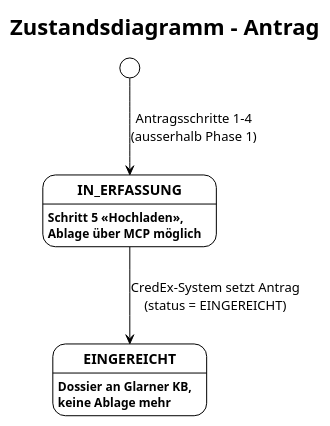
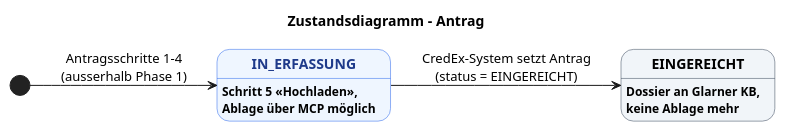
One commit to chocobear26/credex-cas changed the diagram in content/state_chart/antragStateChart.puml. Above: the diagram before and after it, drawn with PlantUML. The commit also changed 43 other files, not shown here.

First line of the commit message:
v1.1 Lesbarere Diagramme: PlantUML-Stil, Soll-Prozess als BPMN, Systemkontext in D2

```diff
--- a/content/state_chart/antragStateChart.puml
+++ b/content/state_chart/antragStateChart.puml
@@ -1,13 +1,13 @@
 @startuml AntragStateChart
-!theme plain
+left to right direction
 skinparam stateFontStyle bold
 
 title Zustandsdiagramm – Antrag
 
+state IN_ERFASSUNG #EFF6FF;line:2563EB;text:1E3A8A : Schritt 5 «Hochladen»,\nAblage über MCP möglich
+state EINGEREICHT #F1F5F9;line:334155 : Dossier an Glarner KB,\nkeine Ablage mehr
+
 [*] --> IN_ERFASSUNG : Antragsschritte 1–4\n(ausserhalb Phase 1)
 IN_ERFASSUNG --> EINGEREICHT : CredEx-System setzt Antrag\n(status = EINGEREICHT)
 
-state IN_ERFASSUNG : Schritt 5 «Hochladen»,\nAblage über MCP möglich
-state EINGEREICHT : Dossier an Glarner KB,\nkeine Ablage mehr
-
 @enduml
```
